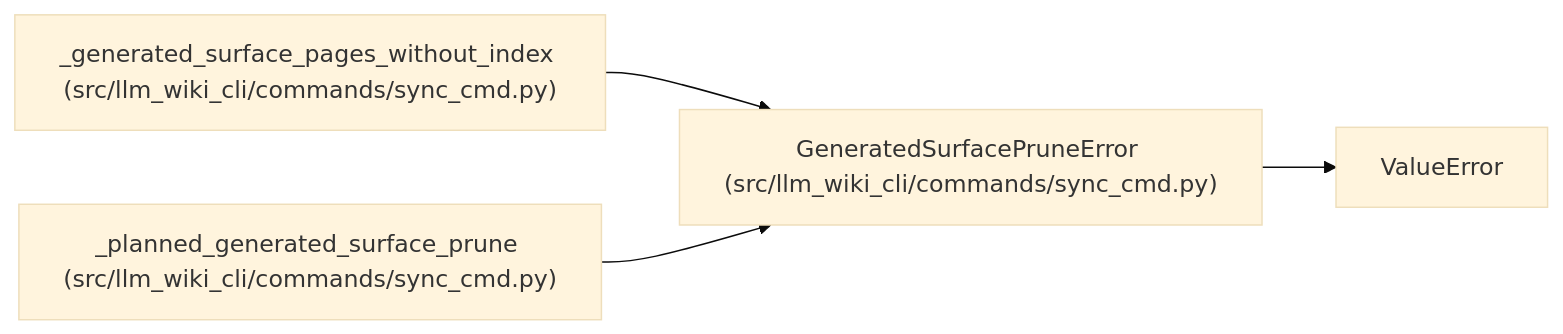
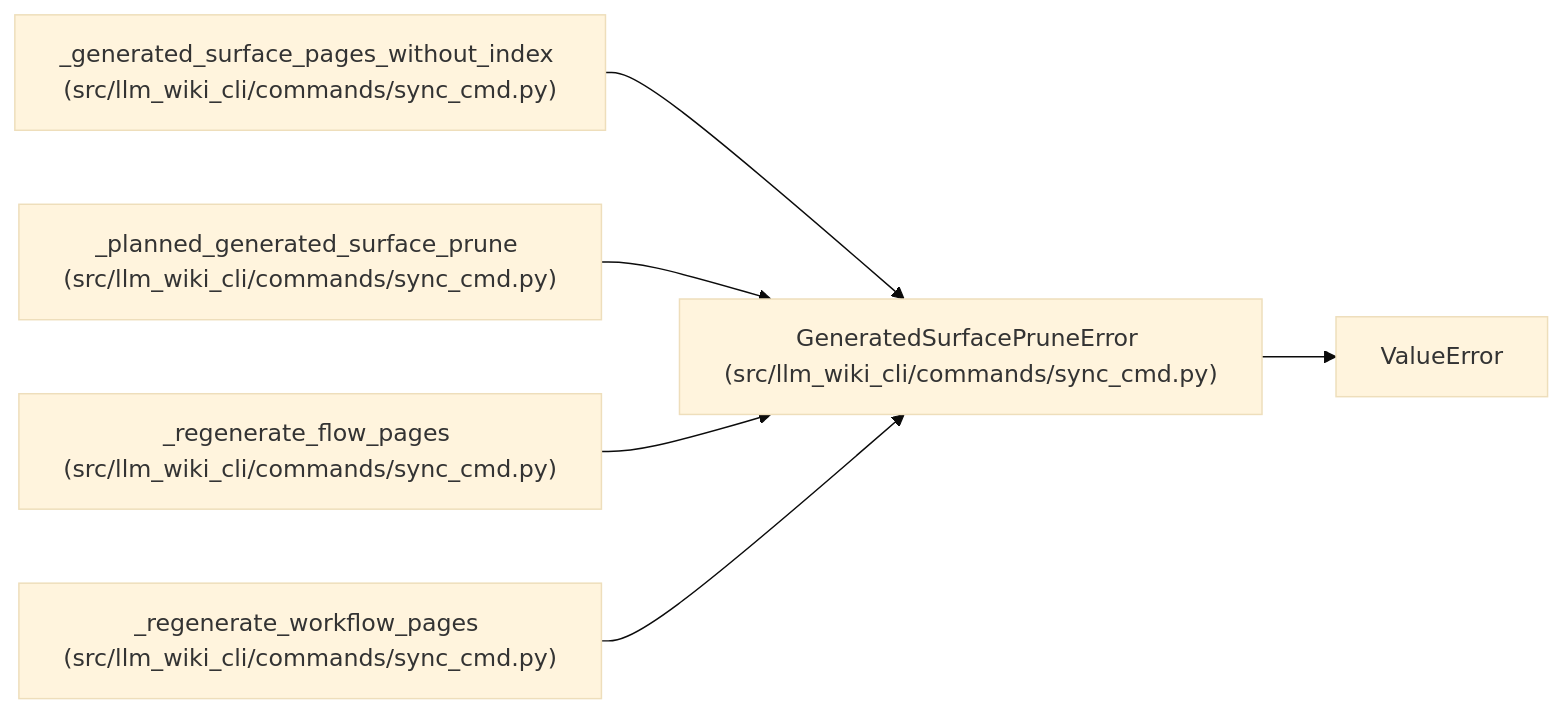
The diagram in docs/llm_wiki/entities/GeneratedSurfacePruneError.md (Denissvgn/python-wiki-llm), drawn with Mermaid (base theme) before and after one commit. The commit also changed other lines of this file and 493 other files, not shown here.

````diff
--- a/docs/llm_wiki/entities/GeneratedSurfacePruneError.md
+++ b/docs/llm_wiki/entities/GeneratedSurfacePruneError.md
@@ -23,13 +23,19 @@
 ```mermaid
 flowchart LR
     n0["GeneratedSurfacePruneError (src/llm_wiki_cli/commands/sync_cmd.py)"]
     n1["ValueError"]
     n2["_generated_surface_pages_without_index (src/llm_wiki_cli/commands/sync_cmd.py)"]
     n3["_planned_generated_surface_prune (src/llm_wiki_cli/commands/sync_cmd.py)"]
+    n4["_regenerate_flow_pages (src/llm_wiki_cli/commands/sync_cmd.py)"]
+    n5["_regenerate_workflow_pages (src/llm_wiki_cli/commands/sync_cmd.py)"]
     n0 --> n1
     n2 --> n0
     n3 --> n0
+    n4 --> n0
+    n5 --> n0
     click n0 "../modules/sync_cmd.md"
     click n2 "../modules/sync_cmd.md"
     click n3 "../modules/sync_cmd.md"
+    click n4 "../modules/sync_cmd.md"
+    click n5 "../modules/sync_cmd.md"
 ```
````
